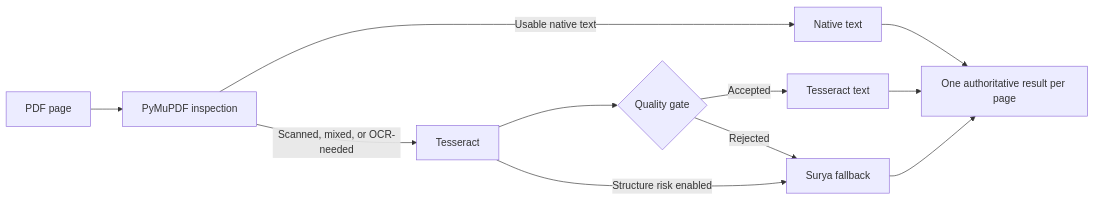
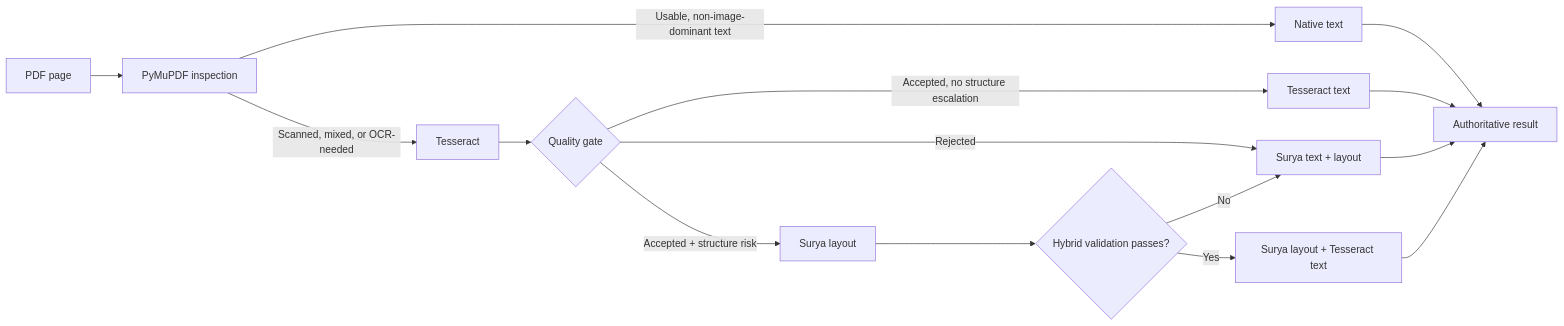
Before and after one commit to vashishth8/ocr-pipeline: the diagram in README.md, drawn with Mermaid. The commit also changed other lines of this file and 8 other files, not shown here.

Commit message:
feat: add validated Surya-Tesseract hybrid OCR

````diff
--- a/README.md
+++ b/README.md
@@ -14,13 +14,17 @@
 ```mermaid
 flowchart LR
     A[PDF page] --> B[PyMuPDF inspection]
-    B -->|Usable native text| C[Native text]
+    B -->|Usable, non-image-dominant text| C[Native text]
     B -->|Scanned, mixed, or OCR-needed| D[Tesseract]
     D --> E{Quality gate}
-    E -->|Accepted| F[Tesseract text]
-    E -->|Rejected| G[Surya fallback]
-    D -->|Structure risk enabled| G
-    C --> H[One authoritative result per page]
-    F --> H
-    G --> H
+    E -->|Accepted, no structure escalation| F[Tesseract text]
+    E -->|Rejected| G[Surya text + layout]
+    E -->|Accepted + structure risk| H[Surya layout]
+    H --> I{Hybrid validation passes?}
+    I -->|Yes| K[Surya layout + Tesseract text]
+    I -->|No| G
+    C --> J[Authoritative result]
+    F --> J[Authoritative result]
+    G --> J
+    K --> J
 ```
````
